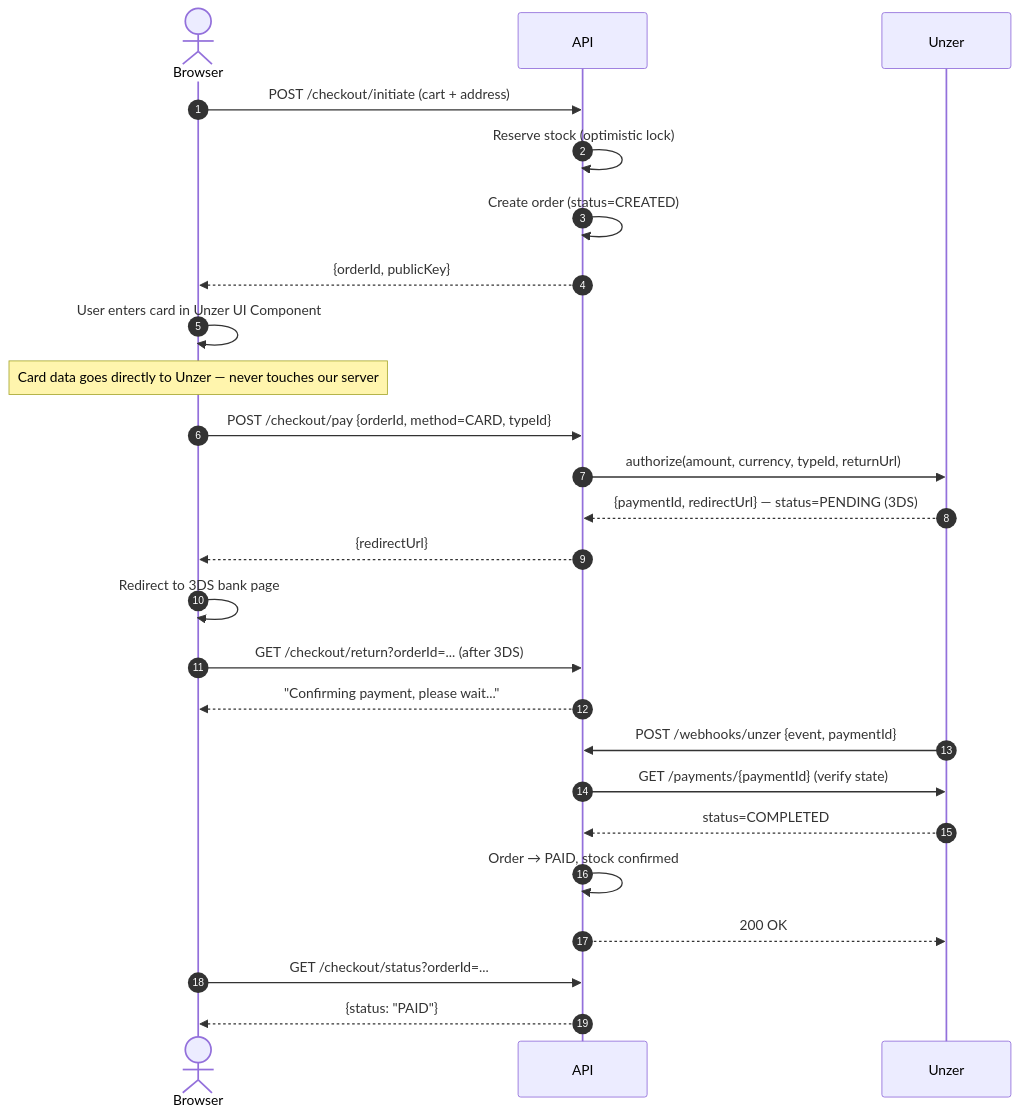
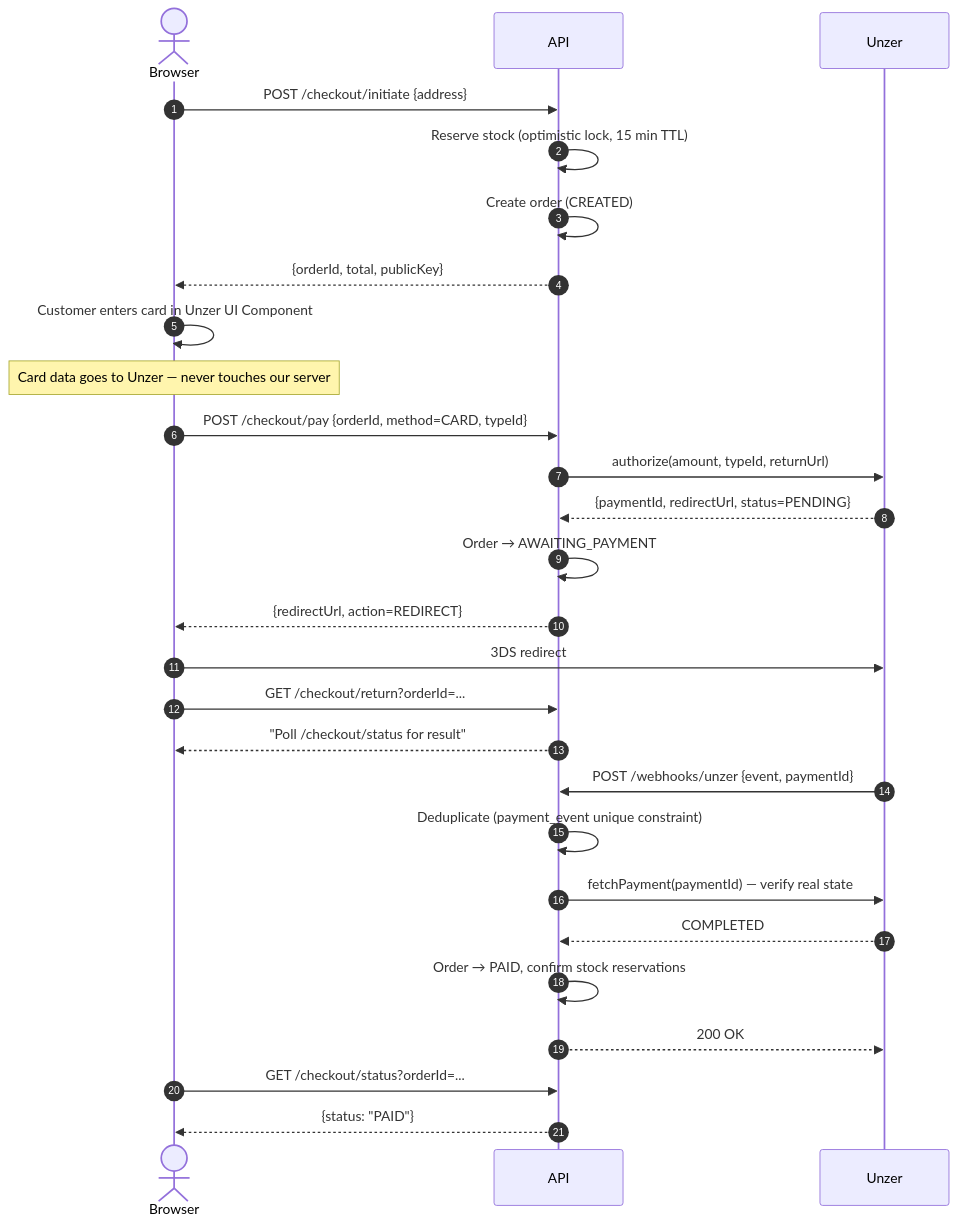
The fifth of 6 diagrams in architecture.md (HARrrrisoon39/Unzer-Task-Code), drawn with Mermaid before and after one commit. The commit also changed other lines of this file and 16 other files, not shown here.

````diff
--- a/architecture.md
+++ b/architecture.md
@@ -234,32 +215,34 @@
 ```mermaid
 sequenceDiagram
   autonumber
   actor Browser
   participant API
   participant Unzer
 
-  Browser->>API: POST /checkout/initiate (cart + address)
-  API->>API: Reserve stock (optimistic lock)
-  API->>API: Create order (status=CREATED)
-  API-->>Browser: {orderId, publicKey}
+  Browser->>API: POST /checkout/initiate {address}
+  API->>API: Reserve stock (optimistic lock, 15 min TTL)
+  API->>API: Create order (CREATED)
+  API-->>Browser: {orderId, total, publicKey}
 
-  Browser->>Browser: User enters card in Unzer UI Component
-  Note over Browser: Card data goes directly to Unzer — never touches our server
+  Browser->>Browser: Customer enters card in Unzer UI Component
+  Note over Browser: Card data goes to Unzer — never touches our server
   Browser->>API: POST /checkout/pay {orderId, method=CARD, typeId}
-  API->>Unzer: authorize(amount, currency, typeId, returnUrl)
-  Unzer-->>API: {paymentId, redirectUrl} — status=PENDING (3DS)
-  API-->>Browser: {redirectUrl}
+  API->>Unzer: authorize(amount, typeId, returnUrl)
+  Unzer-->>API: {paymentId, redirectUrl, status=PENDING}
+  API->>API: Order → AWAITING_PAYMENT
+  API-->>Browser: {redirectUrl, action=REDIRECT}
 
-  Browser->>Browser: Redirect to 3DS bank page
-  Browser->>API: GET /checkout/return?orderId=... (after 3DS)
-  API-->>Browser: "Confirming payment, please wait..."
+  Browser->>Unzer: 3DS redirect
+  Browser->>API: GET /checkout/return?orderId=...
+  API-->>Browser: "Poll /checkout/status for result"
 
   Unzer->>API: POST /webhooks/unzer {event, paymentId}
-  API->>Unzer: GET /payments/{paymentId} (verify state)
-  Unzer-->>API: status=COMPLETED
-  API->>API: Order → PAID, stock confirmed
+  API->>API: Deduplicate (payment_event unique constraint)
+  API->>Unzer: fetchPayment(paymentId) — verify real state
+  Unzer-->>API: COMPLETED
+  API->>API: Order → PAID, confirm stock reservations
   API-->>Unzer: 200 OK
 
   Browser->>API: GET /checkout/status?orderId=...
   API-->>Browser: {status: "PAID"}
 ```
````
